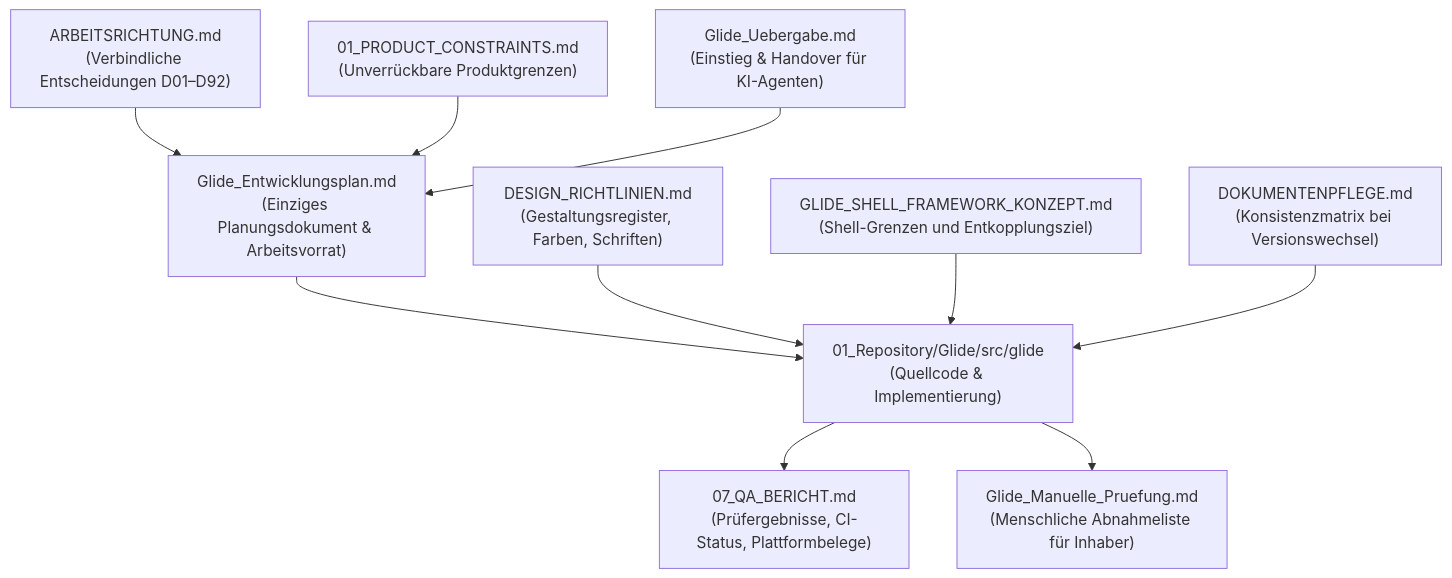
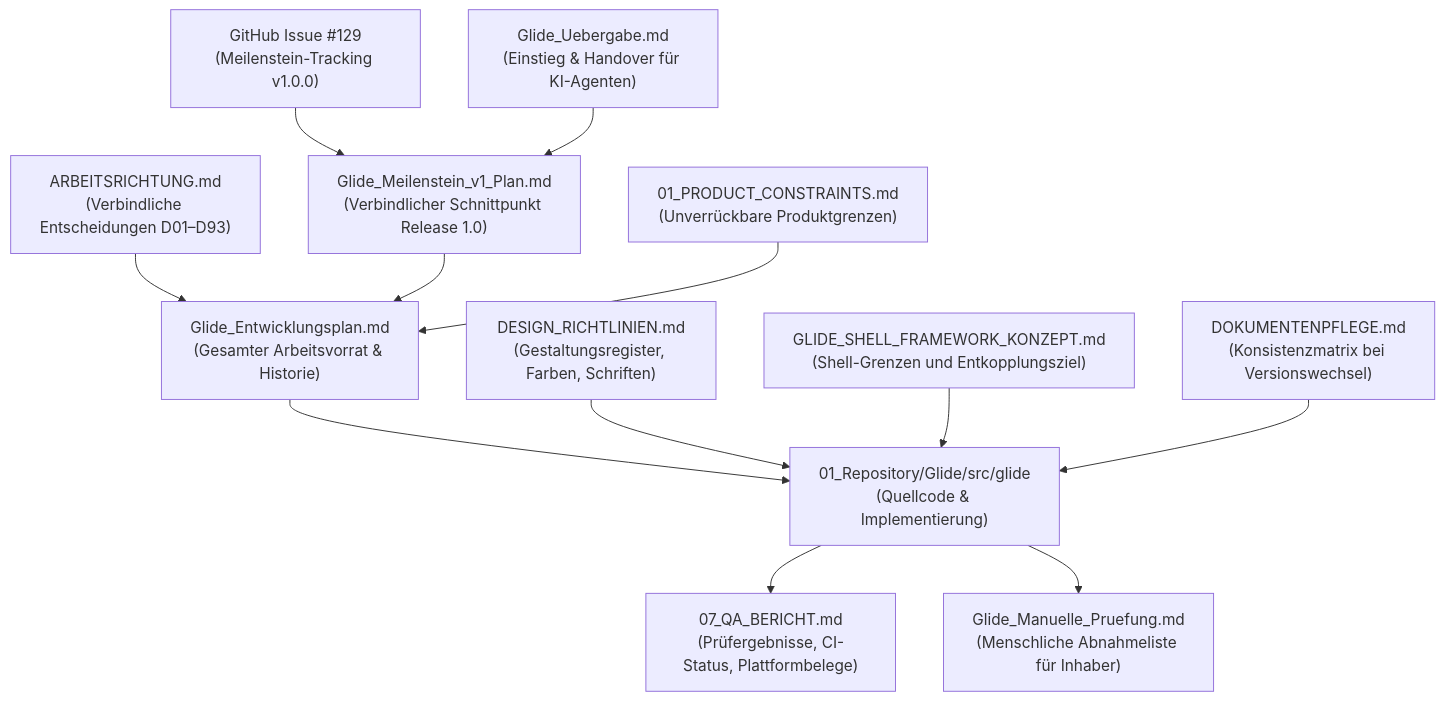
Before and after one commit to n05a-design/glide-to-do: the first of 2 diagrams in 00_Arbeitsvorbereitung/Glide_Uebergabe.md, drawn with Mermaid. The commit also changed other lines of this file and 6 other files, not shown here.

First line of the commit message:
docs(uebergabe): Ganzheitliche Übergabe und Meilenstein-Plan Release 1.0 (D93) (#131)

````diff
--- a/00_Arbeitsvorbereitung/Glide_Uebergabe.md
+++ b/00_Arbeitsvorbereitung/Glide_Uebergabe.md
@@ -50,12 +52,14 @@
 ```mermaid
 flowchart TD
-    AR["ARBEITSRICHTUNG.md<br/>(Verbindliche Entscheidungen D01–D92)"] --> EP["Glide_Entwicklungsplan.md<br/>(Einziges Planungsdokument & Arbeitsvorrat)"]
+    AR["ARBEITSRICHTUNG.md<br/>(Verbindliche Entscheidungen D01–D93)"] --> EP["Glide_Entwicklungsplan.md<br/>(Gesamter Arbeitsvorrat & Historie)"]
+    MPLAN["Glide_Meilenstein_v1_Plan.md<br/>(Verbindlicher Schnittpunkt Release 1.0)"] --> EP
+    ISSUE["GitHub Issue #129<br/>(Meilenstein-Tracking v1.0.0)"] --> MPLAN
     PC["01_PRODUCT_CONSTRAINTS.md<br/>(Unverrückbare Produktgrenzen)"] --> EP
     EP --> PROD["01_Repository/Glide/src/glide<br/>(Quellcode & Implementierung)"]
     DR["DESIGN_RICHTLINIEN.md<br/>(Gestaltungsregister, Farben, Schriften)"] --> PROD
     SK["GLIDE_SHELL_FRAMEWORK_KONZEPT.md<br/>(Shell-Grenzen und Entkopplungsziel)"] --> PROD
     PROD --> QA["07_QA_BERICHT.md<br/>(Prüfergebnisse, CI-Status, Plattformbelege)"]
-    PROD --> MP["Glide_Manuelle_Pruefung.md<br/>(Menschliche Abnahmeliste für Inhaber)"]
+    PROD --> MAN["Glide_Manuelle_Pruefung.md<br/>(Menschliche Abnahmeliste für Inhaber)"]
     DP["DOKUMENTENPFLEGE.md<br/>(Konsistenzmatrix bei Versionswechsel)"] --> PROD
-    UEB["Glide_Uebergabe.md<br/>(Einstieg & Handover für KI-Agenten)"] --> EP
+    UEB["Glide_Uebergabe.md<br/>(Einstieg & Handover für KI-Agenten)"] --> MPLAN
 ```
````
